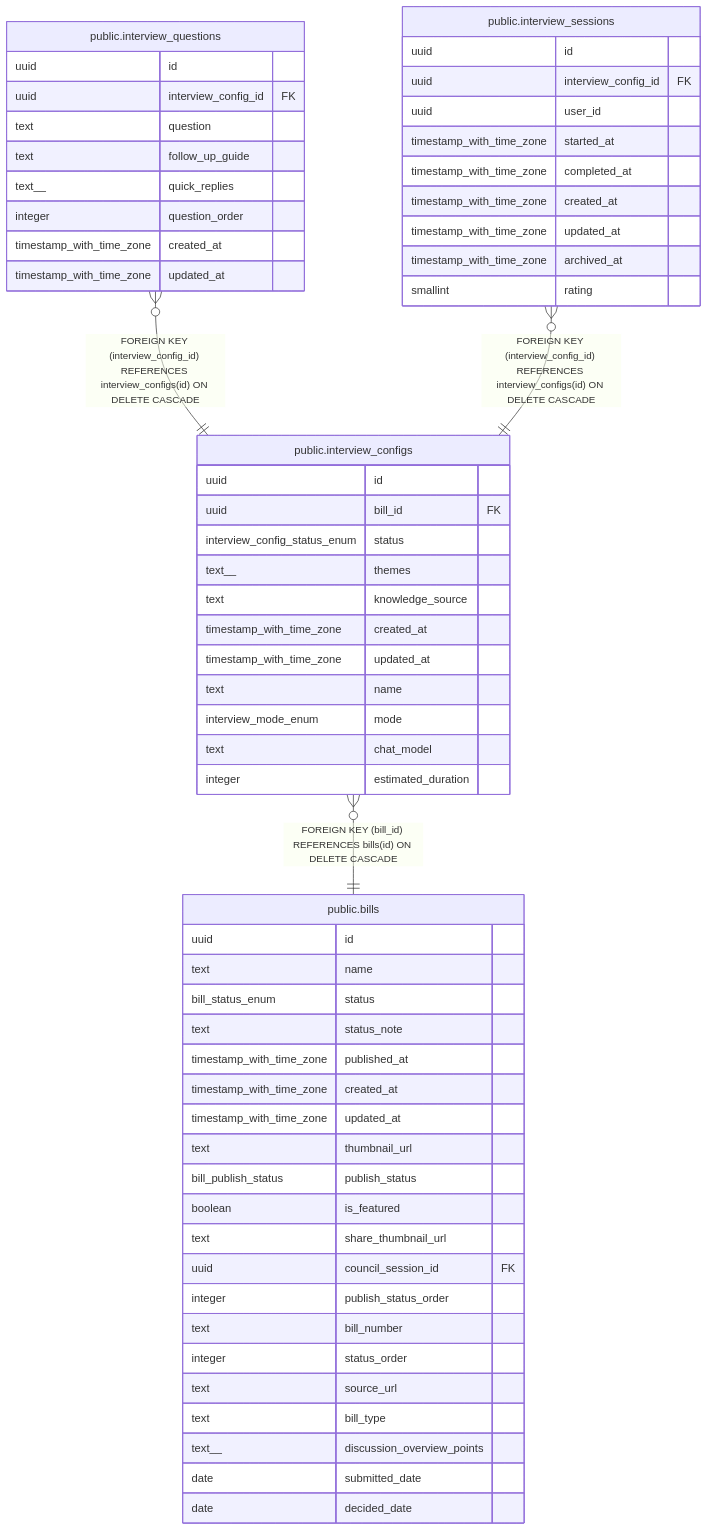
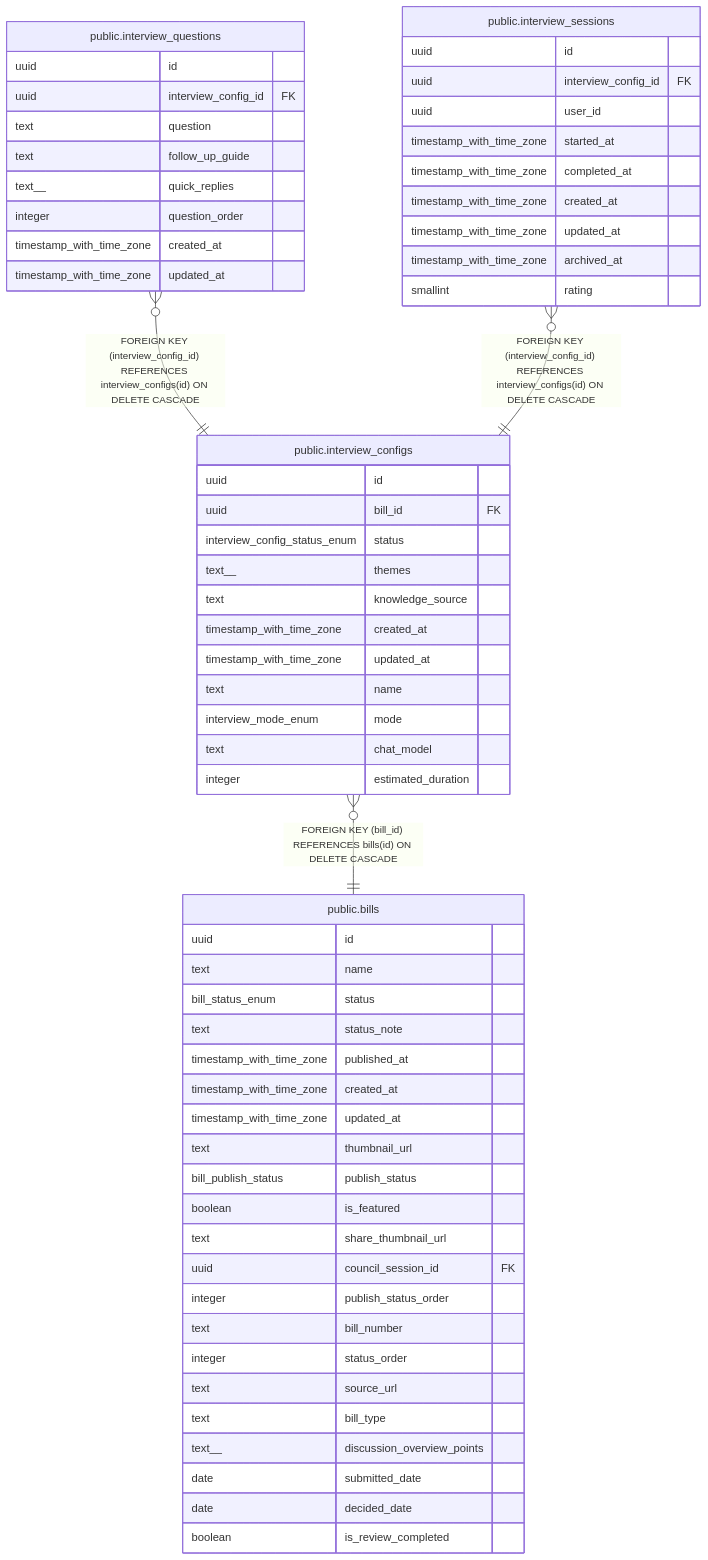
One commit to s-takahashi-hokkaido/dejimin-gikai changed the diagram in docs/schema/public.interview_configs.md. Above: the diagram before and after it, drawn with Mermaid. The commit also changed 37 other files, not shown here.

````diff
--- a/docs/schema/public.interview_configs.md
+++ b/docs/schema/public.interview_configs.md
@@ -47,64 +47,65 @@
 ```mermaid
 erDiagram
 
 "public.interview_questions" }o--|| "public.interview_configs" : "FOREIGN KEY (interview_config_id) REFERENCES interview_configs(id) ON DELETE CASCADE"
 "public.interview_sessions" }o--|| "public.interview_configs" : "FOREIGN KEY (interview_config_id) REFERENCES interview_configs(id) ON DELETE CASCADE"
 "public.interview_configs" }o--|| "public.bills" : "FOREIGN KEY (bill_id) REFERENCES bills(id) ON DELETE CASCADE"
 
 "public.interview_configs" {
   uuid id
   uuid bill_id FK
   interview_config_status_enum status
   text__ themes
   text knowledge_source
   timestamp_with_time_zone created_at
   timestamp_with_time_zone updated_at
   text name
   interview_mode_enum mode
   text chat_model
   integer estimated_duration
 }
 "public.interview_questions" {
   uuid id
   uuid interview_config_id FK
   text question
   text follow_up_guide
   text__ quick_replies
   integer question_order
   timestamp_with_time_zone created_at
   timestamp_with_time_zone updated_at
 }
 "public.interview_sessions" {
   uuid id
   uuid interview_config_id FK
   uuid user_id
   timestamp_with_time_zone started_at
   timestamp_with_time_zone completed_at
   timestamp_with_time_zone created_at
   timestamp_with_time_zone updated_at
   timestamp_with_time_zone archived_at
   smallint rating
 }
 "public.bills" {
   uuid id
   text name
   bill_status_enum status
   text status_note
   timestamp_with_time_zone published_at
   timestamp_with_time_zone created_at
   timestamp_with_time_zone updated_at
   text thumbnail_url
   bill_publish_status publish_status
   boolean is_featured
   text share_thumbnail_url
   uuid council_session_id FK
   integer publish_status_order
   text bill_number
   integer status_order
   text source_url
   text bill_type
   text__ discussion_overview_points
   date submitted_date
   date decided_date
+  boolean is_review_completed
 }
 ```
````
